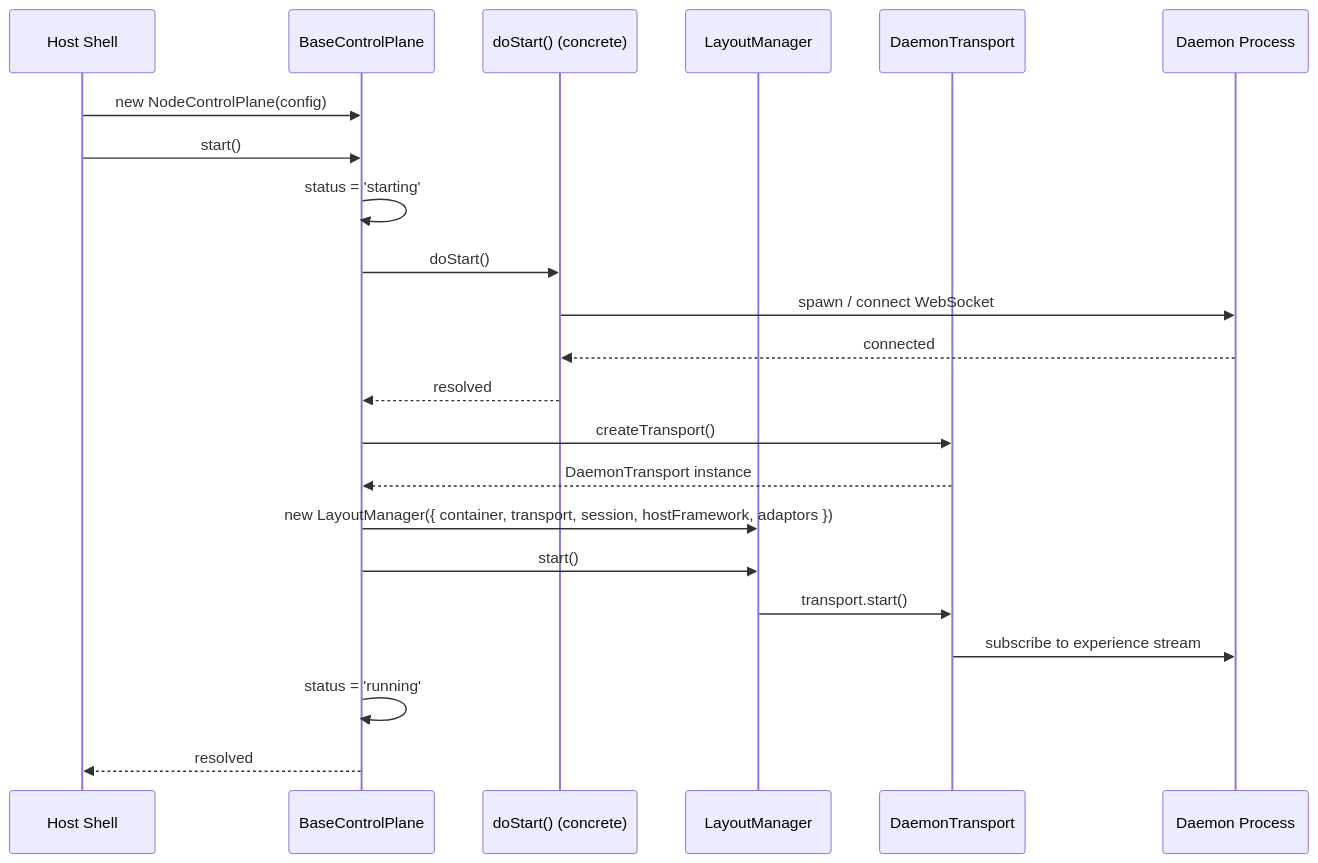
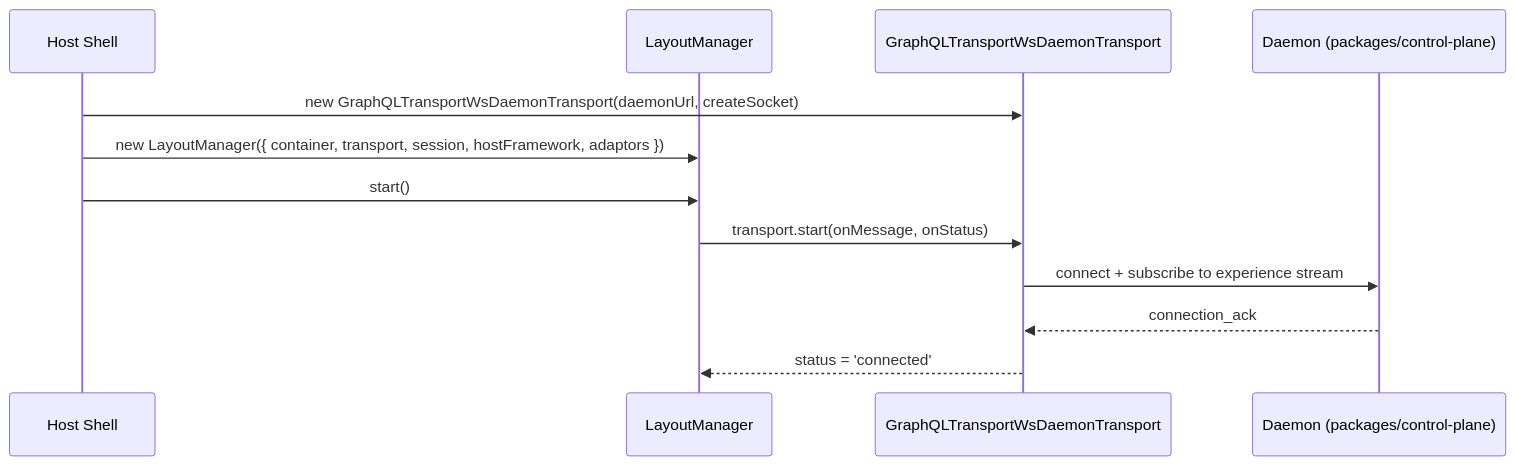
The ninth of 24 diagrams in docs/architecture-whitepaper.md (falese/seans-mfe-tool), drawn with Mermaid before and after one commit. The commit also changed other lines of this file and 20 other files, not shown here.

````diff
--- a/docs/architecture-whitepaper.md
+++ b/docs/architecture-whitepaper.md
@@ -477,25 +451,15 @@
 ```mermaid
 sequenceDiagram
     participant Host as Host Shell
-    participant BCP as BaseControlPlane
-    participant DS as doStart() (concrete)
     participant LM as LayoutManager
-    participant T as DaemonTransport
-    participant D as Daemon Process
+    participant T as GraphQLTransportWsDaemonTransport
+    participant D as Daemon (packages/control-plane)
 
-    Host->>BCP: new NodeControlPlane(config)
-    Host->>BCP: start()
-    BCP->>BCP: status = 'starting'
-    BCP->>DS: doStart()
-    DS->>D: spawn / connect WebSocket
-    D-->>DS: connected
-    DS-->>BCP: resolved
-    BCP->>T: createTransport()
-    T-->>BCP: DaemonTransport instance
-    BCP->>LM: new LayoutManager({ container, transport, session, hostFramework, adaptors })
-    BCP->>LM: start()
-    LM->>T: transport.start()
-    T->>D: subscribe to experience stream
-    BCP->>BCP: status = 'running'
-    BCP-->>Host: resolved
+    Host->>T: new GraphQLTransportWsDaemonTransport(daemonUrl, createSocket)
+    Host->>LM: new LayoutManager({ container, transport, session, hostFramework, adaptors })
+    Host->>LM: start()
+    LM->>T: transport.start(onMessage, onStatus)
+    T->>D: connect + subscribe to experience stream
+    D-->>T: connection_ack
+    T-->>LM: status = 'connected'
 ```
````
